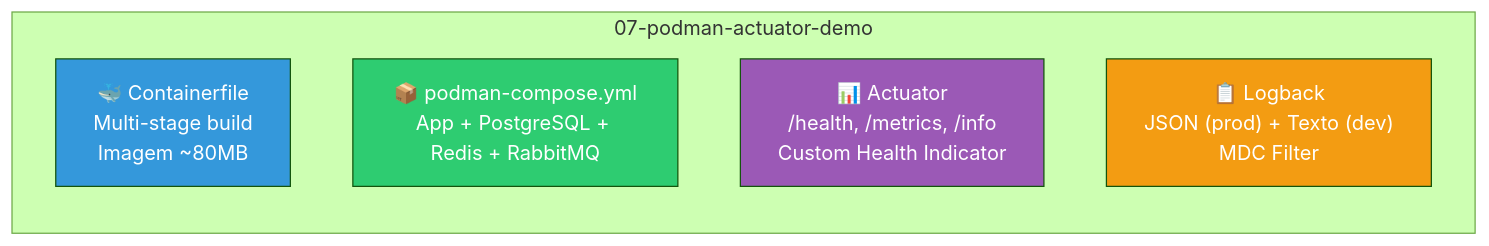
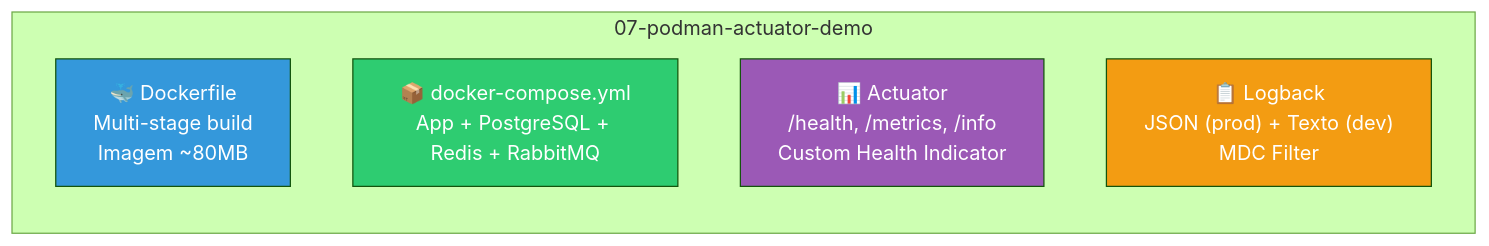
Before and after one commit to deusemarjunior/trein-java-intermed: the diagram in dia-07/slide-10.md, drawn with Mermaid (forest theme). The commit also changed other lines of this file and 12 other files, not shown here.

First line of the commit message:
Refactor slides and configuration files to transition from Podman to Docker

````diff
--- a/dia-07/slide-10.md
+++ b/dia-07/slide-10.md
@@ -11,15 +11,15 @@
 ```mermaid
 graph TB
     subgraph "07-podman-actuator-demo"
         direction TB
-        PODMAN["🐳 Containerfile<br/>Multi-stage build<br/>Imagem ~80MB"]
-        COMPOSE["📦 podman-compose.yml<br/>App + PostgreSQL + Redis + RabbitMQ"]
+        PODMAN["🐳 Dockerfile<br/>Multi-stage build<br/>Imagem ~80MB"]
+        COMPOSE["📦 docker-compose.yml<br/>App + PostgreSQL + Redis + RabbitMQ"]
         ACTUATOR["📊 Actuator<br/>/health, /metrics, /info<br/>Custom Health Indicator"]
         LOGS["📋 Logback<br/>JSON (prod) + Texto (dev)<br/>MDC Filter"]
     end
 
     style PODMAN fill:#3498db,color:#fff
     style COMPOSE fill:#2ecc71,color:#fff
     style ACTUATOR fill:#9b59b6,color:#fff
     style LOGS fill:#f39c12,color:#fff
 ```
````
